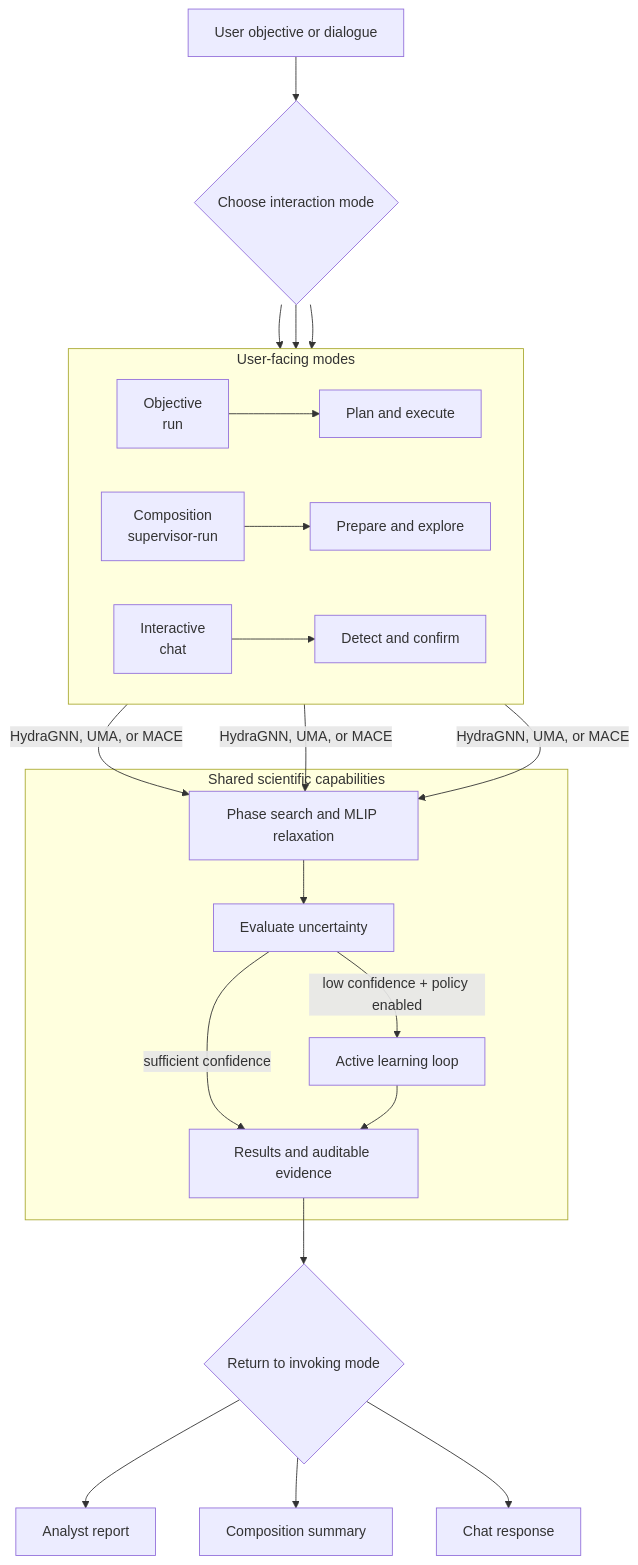
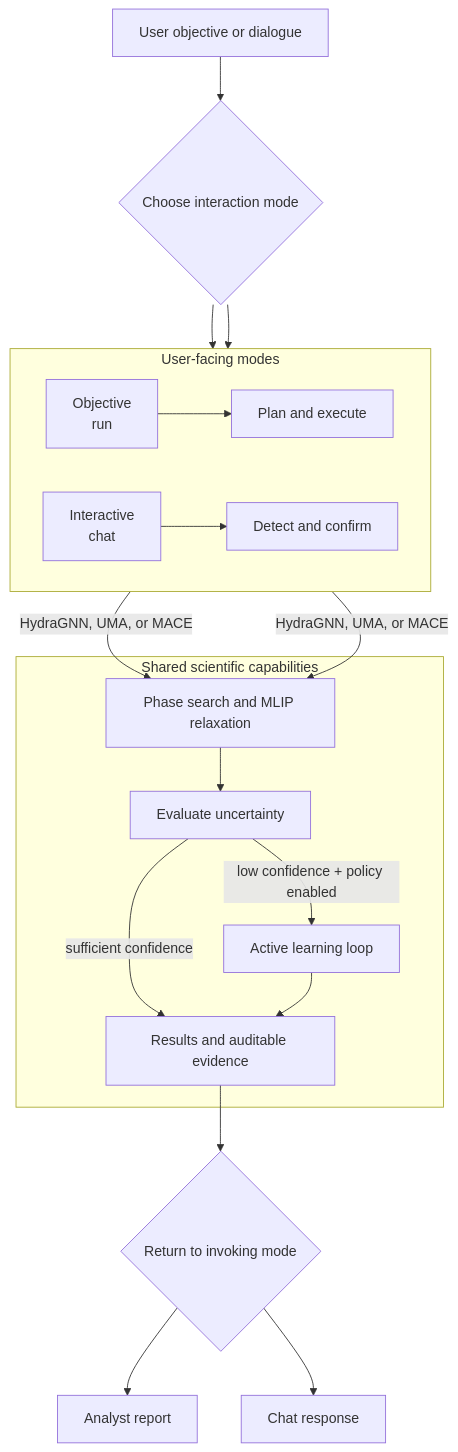
One commit to ORNL/matsim-agents changed the diagram in docs/architecture.md. Above: the diagram before and after it, drawn with Mermaid. The commit also changed other lines of this file and 705 other files, not shown here.

````diff
--- a/docs/architecture.md
+++ b/docs/architecture.md
@@ -111,36 +122,32 @@
 ```mermaid
 flowchart TD
     U[User objective or dialogue] --> G{Choose interaction mode}
 
     subgraph MODES[User-facing modes]
       direction LR
       O[Objective<br/>run] --> OP[Plan and execute]
-      P[Composition<br/>supervisor-run] --> PP[Prepare and explore]
       I[Interactive<br/>chat] --> IP[Detect and confirm]
     end
 
     G --> O
-    G --> P
     G --> I
 
     OP -->|HydraGNN, UMA, or MACE| X
-    PP -->|HydraGNN, UMA, or MACE| X
     IP -->|HydraGNN, UMA, or MACE| X
 
     subgraph SCIENCE[Shared scientific capabilities]
       X[Phase search and MLIP relaxation]
       Q[Evaluate uncertainty]
       AL[Active learning loop]
       E[Results and auditable evidence]
 
       X --> Q
       Q -->|low confidence + policy enabled| AL
       Q -->|sufficient confidence| E
       AL --> E
     end
 
     E --> R{Return to invoking mode}
     R --> OA[Analyst report]
-    R --> PS[Composition summary]
     R --> IR[Chat response]
 ```
````
